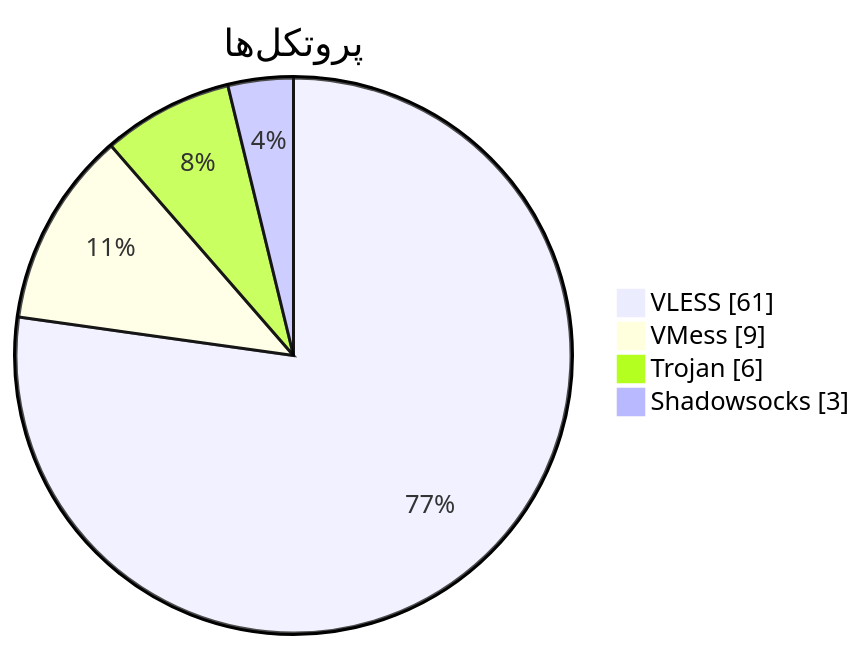
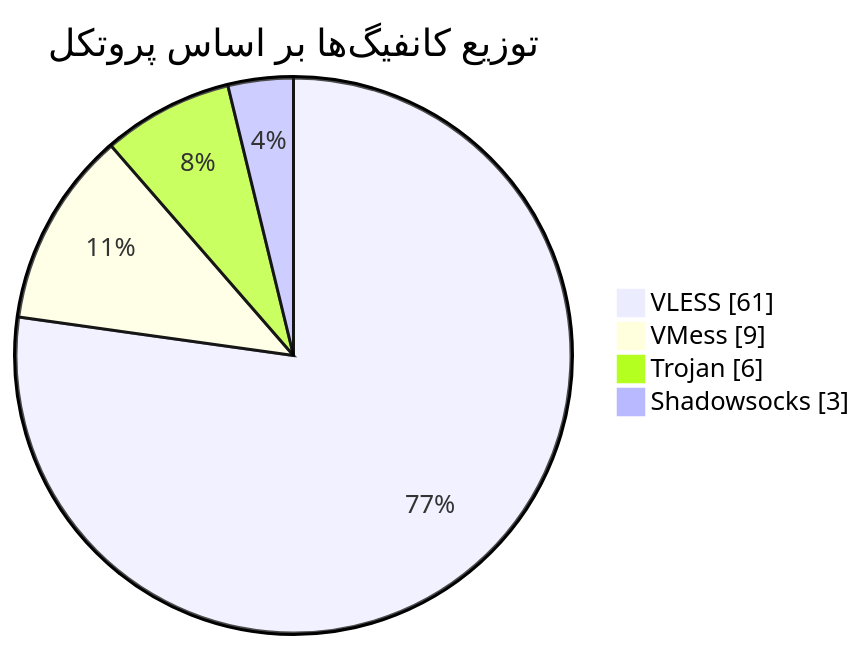
One commit to Arian-Alijani/Somthing changed the diagram in README.md. Above: the diagram before and after it, drawn with Mermaid. The commit also changed other lines of this file and 5 other files, not shown here.

````diff
--- a/README.md
+++ b/README.md
@@ -28,8 +46,8 @@
 ```mermaid
 pie showData
-    title پروتکل‌ها
+    title توزیع کانفیگ‌ها بر اساس پروتکل
     "VLESS" : 61
     "VMess" : 9
     "Trojan" : 6
     "Shadowsocks" : 3
 ```
````
